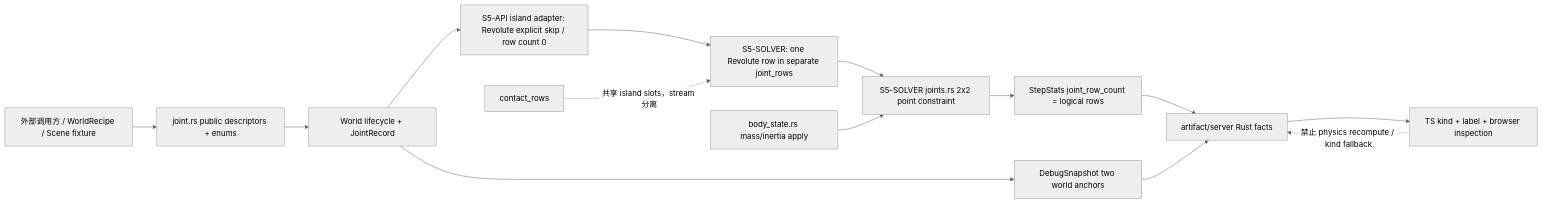
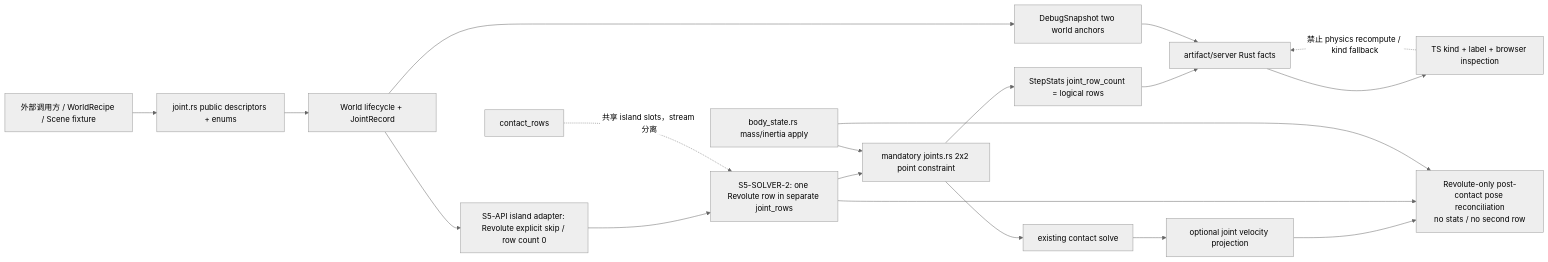
The first of 2 diagrams in docs/design/2026-07-14-revolute-joint-v1-design.md (swnb/picea), drawn with Mermaid (neutral theme) before and after one commit. The commit also changed other lines of this file and 1 other file, not shown here.

Commit message:
docs: replan revolute post-contact reconciliation

````diff
--- a/docs/design/2026-07-14-revolute-joint-v1-design.md
+++ b/docs/design/2026-07-14-revolute-joint-v1-design.md
@@ -141,16 +163,21 @@
 ```mermaid
 flowchart LR
   Caller["外部调用方 / WorldRecipe / Scene fixture"] --> API["joint.rs public descriptors + enums"]
   API --> World["World lifecycle + JointRecord"]
   World --> ApiSkip["S5-API island adapter: Revolute explicit skip / row count 0"]
-  ApiSkip --> Island["S5-SOLVER: one Revolute row in separate joint_rows"]
-  Island --> JointPhase["S5-SOLVER joints.rs 2x2 point constraint"]
+  ApiSkip --> Island["S5-SOLVER-2: one Revolute row in separate joint_rows"]
+  Island --> JointPhase["mandatory joints.rs 2x2 point constraint"]
   BodyState["body_state.rs mass/inertia apply"] --> JointPhase
   JointPhase --> Stats["StepStats joint_row_count = logical rows"]
+  JointPhase --> ContactPhase["existing contact solve"]
+  ContactPhase --> Projection["optional joint velocity projection"]
+  Projection --> Reconcile["Revolute-only post-contact pose reconciliation<br/>no stats / no second row"]
+  Island --> Reconcile
+  BodyState --> Reconcile
   World --> Debug["DebugSnapshot two world anchors"]
   Stats --> Lab["artifact/server Rust facts"]
   Debug --> Lab
   Lab --> Web["TS kind + label + browser inspection"]
   Web -. "禁止 physics recompute / kind fallback" .-> Lab
   Contact["contact_rows"] -. "共享 island slots，stream 分离" .-> Island
 ```
````
